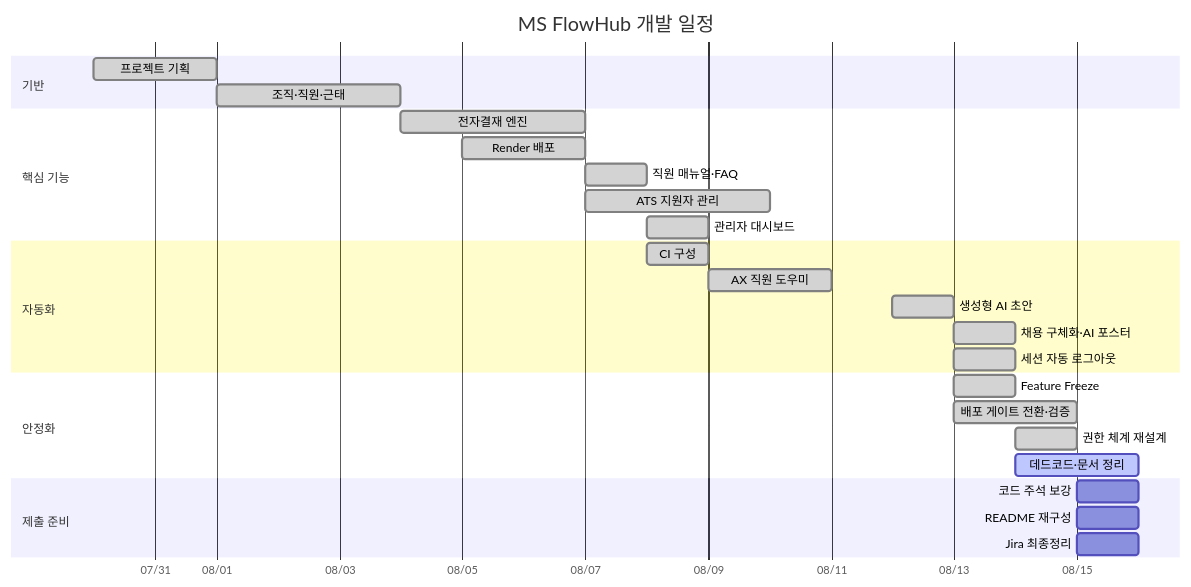
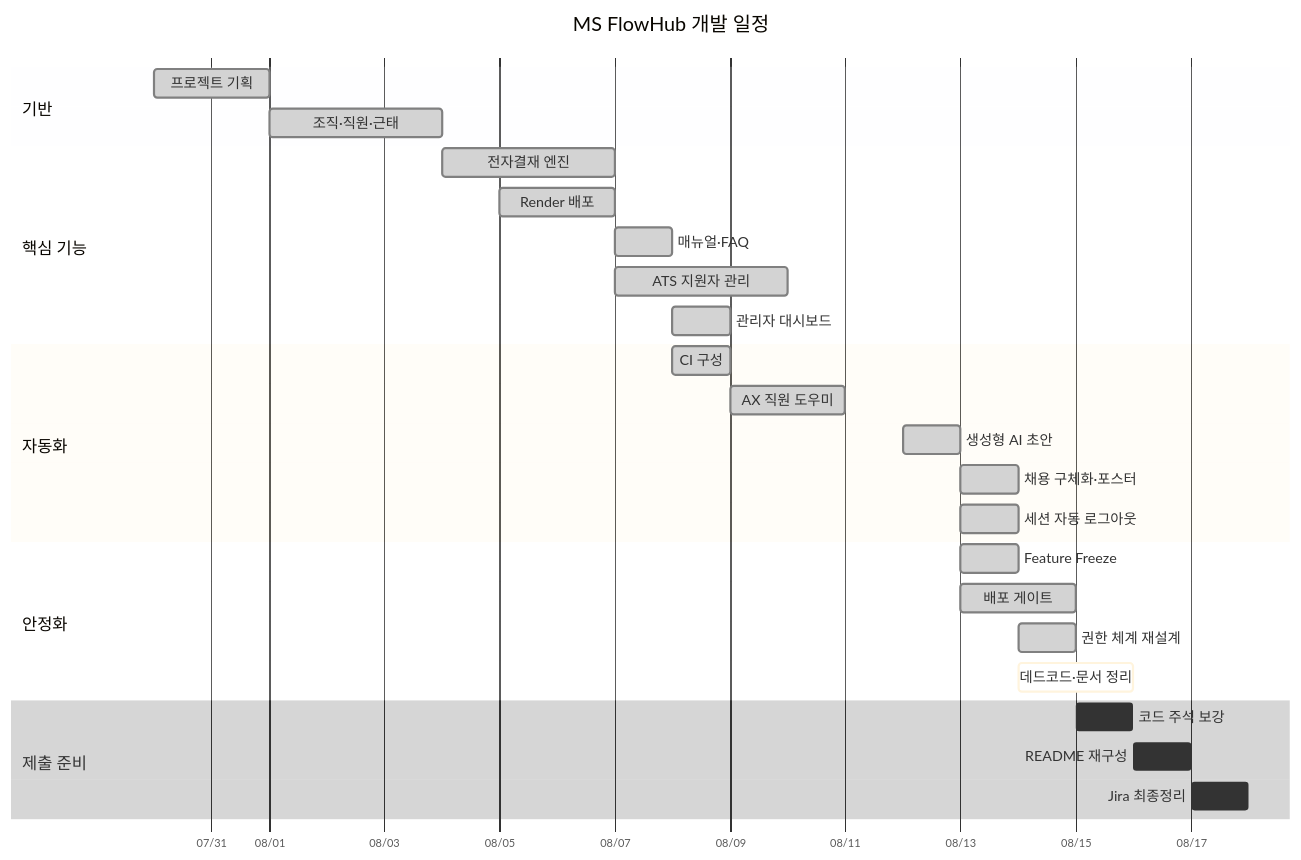
The second of 2 diagrams in docs/ROADMAP.md (Dwkms/MS-FlowHub), drawn with Mermaid before and after one commit. The commit also changed other lines of this file, not shown here.

Commit message:
docs: 로드맵 다이어그램 가시성 개선
마인드맵은 기본 팔레트가 채도가 높아 색만 보이고 글씨가 묻혔다.
간트는 세로로 눌려 막대와 라벨이 겹쳤다.

- mindmap: theme base + cScale0~7을 저채도 파스텔로 교체하고 라벨을 잉크색
  단색으로 고정. 폰트를 프로젝트 서체로 맞추고 라벨을 짧게 줄였다
- gantt: useWidth 1200, barHeight 26, barGap 10, leftPadding 130으로 넓히고
  todayMarker를 껐다. 제출 준비 3건은 날짜를 하루씩 나눠 막대가 겹치지 않게 했다

````diff
--- a/docs/ROADMAP.md
+++ b/docs/ROADMAP.md
@@ -52,35 +68,54 @@
 ```mermaid
+%%{init: {
+  "theme": "base",
+  "themeVariables": {
+    "fontFamily": "Pretendard, Noto Sans KR, sans-serif",
+    "fontSize": "14px"
+  },
+  "gantt": {
+    "useWidth": 1200,
+    "barHeight": 26,
+    "barGap": 10,
+    "topPadding": 60,
+    "leftPadding": 130,
+    "gridLineStartPadding": 40,
+    "fontSize": 13,
+    "sectionFontSize": 15,
+    "numberSectionStyles": 5
+  }
+}}%%
 gantt
     title MS FlowHub 개발 일정
     dateFormat YYYY-MM-DD
     axisFormat %m/%d
+    todayMarker off
 
     section 기반
-    프로젝트 기획          :done, p1, 2026-07-30, 2d
-    조직·직원·근태          :done, p2, 2026-08-01, 3d
+    프로젝트 기획        :done, p1, 2026-07-30, 2d
+    조직·직원·근태       :done, p2, 2026-08-01, 3d
 
     section 핵심 기능
-    전자결재 엔진          :done, p3, 2026-08-04, 3d
-    Render 배포            :done, p4, 2026-08-05, 2d
-    직원 매뉴얼·FAQ        :done, p5, 2026-08-07, 1d
-    ATS 지원자 관리        :done, p6, 2026-08-07, 3d
-    관리자 대시보드        :done, p7, 2026-08-08, 1d
+    전자결재 엔진        :done, p3, 2026-08-04, 3d
+    Render 배포          :done, p4, 2026-08-05, 2d
+    매뉴얼·FAQ           :done, p5, 2026-08-07, 1d
+    ATS 지원자 관리      :done, p6, 2026-08-07, 3d
+    관리자 대시보드      :done, p7, 2026-08-08, 1d
 
     section 자동화
-    CI 구성                :done, p8, 2026-08-08, 1d
-    AX 직원 도우미         :done, p9, 2026-08-09, 2d
-    생성형 AI 초안         :done, p10, 2026-08-12, 1d
-    채용 구체화·AI 포스터   :done, p11, 2026-08-13, 1d
-    세션 자동 로그아웃      :done, p12, 2026-08-13, 1d
+    CI 구성              :done, p8, 2026-08-08, 1d
+    AX 직원 도우미       :done, p9, 2026-08-09, 2d
+    생성형 AI 초안       :done, p10, 2026-08-12, 1d
+    채용 구체화·포스터    :done, p11, 2026-08-13, 1d
+    세션 자동 로그아웃    :done, p12, 2026-08-13, 1d
 
     section 안정화
-    Feature Freeze         :done, p13, 2026-08-13, 1d
-    배포 게이트 전환·검증   :done, p14, 2026-08-13, 2d
-    권한 체계 재설계        :done, p15, 2026-08-14, 1d
-    데드코드·문서 정리      :active, p16, 2026-08-14, 2d
+    Feature Freeze       :done, p13, 2026-08-13, 1d
+    배포 게이트          :done, p14, 2026-08-13, 2d
+    권한 체계 재설계      :done, p15, 2026-08-14, 1d
+    데드코드·문서 정리    :active, p16, 2026-08-14, 2d
 
     section 제출 준비
-    코드 주석 보강         :p17, 2026-08-15, 1d
-    README 재구성          :p18, 2026-08-15, 1d
-    Jira 최종정리          :p19, 2026-08-15, 1d
+    코드 주석 보강       :p17, 2026-08-15, 1d
+    README 재구성        :p18, 2026-08-16, 1d
+    Jira 최종정리        :p19, 2026-08-17, 1d
 ```
````
